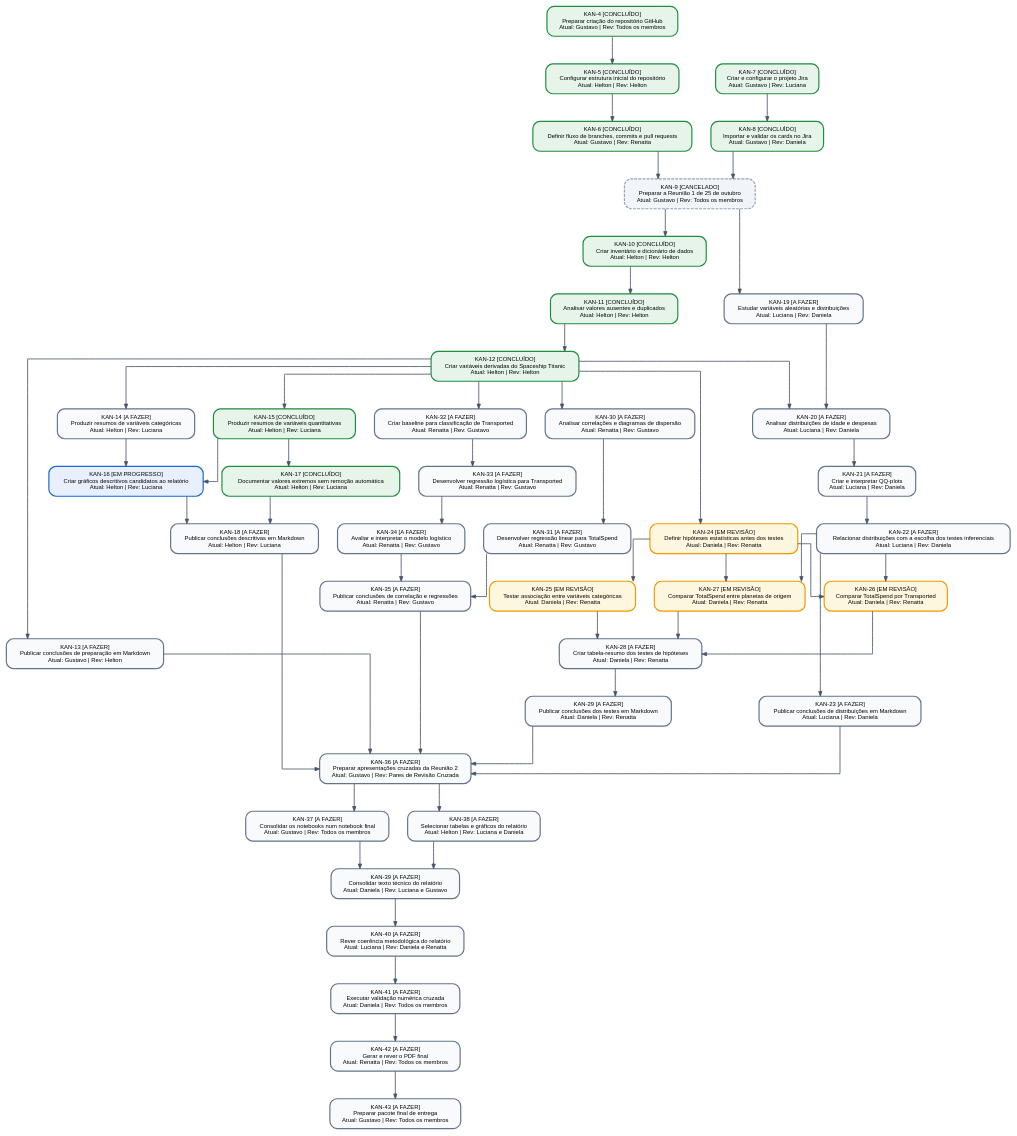
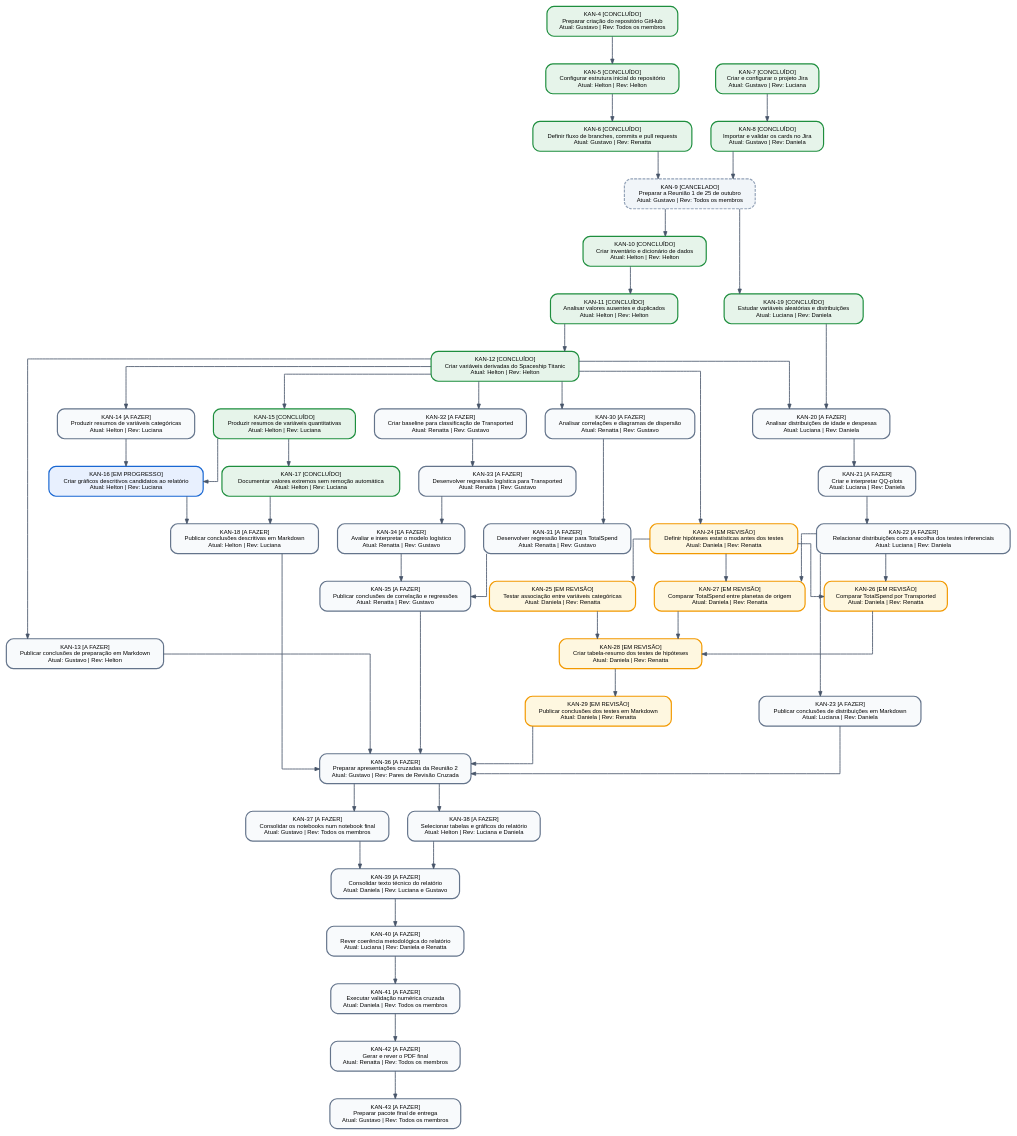
One commit to gmenezesg/spaceship-titanic-estatistica-posdl changed the diagram in docs/mapa_dependencias_jira.dot. Above: the diagram before and after it, drawn with Graphviz. The commit also changed 6 other files, not shown here.

Commit message:
[KAN-29] Publicar conclusoes dos testes em Markdown e atualizar mapa de dependencias

```diff
--- a/docs/mapa_dependencias_jira.dot
+++ b/docs/mapa_dependencias_jira.dot
@@ -1,103 +1,103 @@
 digraph JiraDependencyMap {
     rankdir=TB;
     splines=ortho;
     nodesep=0.45;
     ranksep=0.65;
     fontname="Helvetica";
     node [shape=box, style="rounded,filled", fontname="Helvetica", fontsize=10, margin="0.18,0.12", penwidth=2.0];
     edge [color="#475569", penwidth=1.4, arrowsize=0.8];
 
     "KAN-4" [label="KAN-4 [CONCLUÍDO]\nPreparar criação do repositório GitHub\nAtual: Gustavo | Rev: Todos os membros", fillcolor="#E6F4EA", color="#1E8E3E", style="rounded,filled"];
     "KAN-5" [label="KAN-5 [CONCLUÍDO]\nConfigurar estrutura inicial do repositório\nAtual: Helton | Rev: Helton", fillcolor="#E6F4EA", color="#1E8E3E", style="rounded,filled"];
     "KAN-6" [label="KAN-6 [CONCLUÍDO]\nDefinir fluxo de branches, commits e pull requests\nAtual: Gustavo | Rev: Renatta", fillcolor="#E6F4EA", color="#1E8E3E", style="rounded,filled"];
     "KAN-7" [label="KAN-7 [CONCLUÍDO]\nCriar e configurar o projeto Jira\nAtual: Gustavo | Rev: Luciana", fillcolor="#E6F4EA", color="#1E8E3E", style="rounded,filled"];
     "KAN-8" [label="KAN-8 [CONCLUÍDO]\nImportar e validar os cards no Jira\nAtual: Gustavo | Rev: Daniela", fillcolor="#E6F4EA", color="#1E8E3E", style="rounded,filled"];
     "KAN-9" [label="KAN-9 [CANCELADO]\nPreparar a Reunião 1 de 25 de outubro\nAtual: Gustavo | Rev: Todos os membros", fillcolor="#F1F5F9", color="#94A3B8", style="rounded,filled,dashed"];
     "KAN-10" [label="KAN-10 [CONCLUÍDO]\nCriar inventário e dicionário de dados\nAtual: Helton | Rev: Helton", fillcolor="#E6F4EA", color="#1E8E3E", style="rounded,filled"];
     "KAN-11" [label="KAN-11 [CONCLUÍDO]\nAnalisar valores ausentes e duplicados\nAtual: Helton | Rev: Helton", fillcolor="#E6F4EA", color="#1E8E3E", style="rounded,filled"];
     "KAN-12" [label="KAN-12 [CONCLUÍDO]\nCriar variáveis derivadas do Spaceship Titanic\nAtual: Helton | Rev: Helton", fillcolor="#E6F4EA", color="#1E8E3E", style="rounded,filled"];
     "KAN-13" [label="KAN-13 [A FAZER]\nPublicar conclusões de preparação em Markdown\nAtual: Gustavo | Rev: Helton", fillcolor="#F8FAFC", color="#64748B", style="rounded,filled"];
     "KAN-14" [label="KAN-14 [A FAZER]\nProduzir resumos de variáveis categóricas\nAtual: Helton | Rev: Luciana", fillcolor="#F8FAFC", color="#64748B", style="rounded,filled"];
     "KAN-15" [label="KAN-15 [CONCLUÍDO]\nProduzir resumos de variáveis quantitativas\nAtual: Helton | Rev: Luciana", fillcolor="#E6F4EA", color="#1E8E3E", style="rounded,filled"];
     "KAN-16" [label="KAN-16 [EM PROGRESSO]\nCriar gráficos descritivos candidatos ao relatório\nAtual: Helton | Rev: Luciana", fillcolor="#E8F0FE", color="#1967D2", style="rounded,filled"];
     "KAN-17" [label="KAN-17 [CONCLUÍDO]\nDocumentar valores extremos sem remoção automática\nAtual: Helton | Rev: Luciana", fillcolor="#E6F4EA", color="#1E8E3E", style="rounded,filled"];
     "KAN-18" [label="KAN-18 [A FAZER]\nPublicar conclusões descritivas em Markdown\nAtual: Helton | Rev: Luciana", fillcolor="#F8FAFC", color="#64748B", style="rounded,filled"];
-    "KAN-19" [label="KAN-19 [A FAZER]\nEstudar variáveis aleatórias e distribuições\nAtual: Luciana | Rev: Daniela", fillcolor="#F8FAFC", color="#64748B", style="rounded,filled"];
+    "KAN-19" [label="KAN-19 [CONCLUÍDO]\nEstudar variáveis aleatórias e distribuições\nAtual: Luciana | Rev: Daniela", fillcolor="#E6F4EA", color="#1E8E3E", style="rounded,filled"];
     "KAN-20" [label="KAN-20 [A FAZER]\nAnalisar distribuições de idade e despesas\nAtual: Luciana | Rev: Daniela", fillcolor="#F8FAFC", color="#64748B", style="rounded,filled"];
     "KAN-21" [label="KAN-21 [A FAZER]\nCriar e interpretar QQ-plots\nAtual: Luciana | Rev: Daniela", fillcolor="#F8FAFC", color="#64748B", style="rounded,filled"];
     "KAN-22" [label="KAN-22 [A FAZER]\nRelacionar distribuições com a escolha dos testes inferenciais\nAtual: Luciana | Rev: Daniela", fillcolor="#F8FAFC", color="#64748B", style="rounded,filled"];
     "KAN-23" [label="KAN-23 [A FAZER]\nPublicar conclusões de distribuições em Markdown\nAtual: Luciana | Rev: Daniela", fillcolor="#F8FAFC", color="#64748B", style="rounded,filled"];
     "KAN-24" [label="KAN-24 [EM REVISÃO]\nDefinir hipóteses estatísticas antes dos testes\nAtual: Daniela | Rev: Renatta", fillcolor="#FEF7E0", color="#F29900", style="rounded,filled"];
     "KAN-25" [label="KAN-25 [EM REVISÃO]\nTestar associação entre variáveis categóricas\nAtual: Daniela | Rev: Renatta", fillcolor="#FEF7E0", color="#F29900", style="rounded,filled"];
     "KAN-26" [label="KAN-26 [EM REVISÃO]\nComparar TotalSpend por Transported\nAtual: Daniela | Rev: Renatta", fillcolor="#FEF7E0", color="#F29900", style="rounded,filled"];
     "KAN-27" [label="KAN-27 [EM REVISÃO]\nComparar TotalSpend entre planetas de origem\nAtual: Daniela | Rev: Renatta", fillcolor="#FEF7E0", color="#F29900", style="rounded,filled"];
-    "KAN-28" [label="KAN-28 [A FAZER]\nCriar tabela-resumo dos testes de hipóteses\nAtual: Daniela | Rev: Renatta", fillcolor="#F8FAFC", color="#64748B", style="rounded,filled"];
-    "KAN-29" [label="KAN-29 [A FAZER]\nPublicar conclusões dos testes em Markdown\nAtual: Daniela | Rev: Renatta", fillcolor="#F8FAFC", color="#64748B", style="rounded,filled"];
+    "KAN-28" [label="KAN-28 [EM REVISÃO]\nCriar tabela-resumo dos testes de hipóteses\nAtual: Daniela | Rev: Renatta", fillcolor="#FEF7E0", color="#F29900", style="rounded,filled"];
+    "KAN-29" [label="KAN-29 [EM REVISÃO]\nPublicar conclusões dos testes em Markdown\nAtual: Daniela | Rev: Renatta", fillcolor="#FEF7E0", color="#F29900", style="rounded,filled"];
     "KAN-30" [label="KAN-30 [A FAZER]\nAnalisar correlações e diagramas de dispersão\nAtual: Renatta | Rev: Gustavo", fillcolor="#F8FAFC", color="#64748B", style="rounded,filled"];
     "KAN-31" [label="KAN-31 [A FAZER]\nDesenvolver regressão linear para TotalSpend\nAtual: Renatta | Rev: Gustavo", fillcolor="#F8FAFC", color="#64748B", style="rounded,filled"];
     "KAN-32" [label="KAN-32 [A FAZER]\nCriar baseline para classificação de Transported\nAtual: Renatta | Rev: Gustavo", fillcolor="#F8FAFC", color="#64748B", style="rounded,filled"];
     "KAN-33" [label="KAN-33 [A FAZER]\nDesenvolver regressão logística para Transported\nAtual: Renatta | Rev: Gustavo", fillcolor="#F8FAFC", color="#64748B", style="rounded,filled"];
     "KAN-34" [label="KAN-34 [A FAZER]\nAvaliar e interpretar o modelo logístico\nAtual: Renatta | Rev: Gustavo", fillcolor="#F8FAFC", color="#64748B", style="rounded,filled"];
     "KAN-35" [label="KAN-35 [A FAZER]\nPublicar conclusões de correlação e regressões\nAtual: Renatta | Rev: Gustavo", fillcolor="#F8FAFC", color="#64748B", style="rounded,filled"];
     "KAN-36" [label="KAN-36 [A FAZER]\nPreparar apresentações cruzadas da Reunião 2\nAtual: Gustavo | Rev: Pares de Revisão Cruzada", fillcolor="#F8FAFC", color="#64748B", style="rounded,filled"];
     "KAN-37" [label="KAN-37 [A FAZER]\nConsolidar os notebooks num notebook final\nAtual: Gustavo | Rev: Todos os membros", fillcolor="#F8FAFC", color="#64748B", style="rounded,filled"];
     "KAN-38" [label="KAN-38 [A FAZER]\nSelecionar tabelas e gráficos do relatório\nAtual: Helton | Rev: Luciana e Daniela", fillcolor="#F8FAFC", color="#64748B", style="rounded,filled"];
     "KAN-39" [label="KAN-39 [A FAZER]\nConsolidar texto técnico do relatório\nAtual: Daniela | Rev: Luciana e Gustavo", fillcolor="#F8FAFC", color="#64748B", style="rounded,filled"];
     "KAN-40" [label="KAN-40 [A FAZER]\nRever coerência metodológica do relatório\nAtual: Luciana | Rev: Daniela e Renatta", fillcolor="#F8FAFC", color="#64748B", style="rounded,filled"];
     "KAN-41" [label="KAN-41 [A FAZER]\nExecutar validação numérica cruzada\nAtual: Daniela | Rev: Todos os membros", fillcolor="#F8FAFC", color="#64748B", style="rounded,filled"];
     "KAN-42" [label="KAN-42 [A FAZER]\nGerar e rever o PDF final\nAtual: Renatta | Rev: Todos os membros", fillcolor="#F8FAFC", color="#64748B", style="rounded,filled"];
     "KAN-43" [label="KAN-43 [A FAZER]\nPreparar pacote final de entrega\nAtual: Gustavo | Rev: Todos os membros", fillcolor="#F8FAFC", color="#64748B", style="rounded,filled"];
 
     "KAN-4" -> "KAN-5";
     "KAN-5" -> "KAN-6";
     "KAN-7" -> "KAN-8";
     "KAN-6" -> "KAN-9";
     "KAN-8" -> "KAN-9";
     "KAN-9" -> "KAN-10";
     "KAN-10" -> "KAN-11";
     "KAN-11" -> "KAN-12";
     "KAN-12" -> "KAN-13";
     "KAN-12" -> "KAN-14";
     "KAN-12" -> "KAN-15";
     "KAN-14" -> "KAN-16";
     "KAN-15" -> "KAN-16";
     "KAN-15" -> "KAN-17";
     "KAN-16" -> "KAN-18";
     "KAN-17" -> "KAN-18";
     "KAN-9" -> "KAN-19";
     "KAN-12" -> "KAN-20";
     "KAN-19" -> "KAN-20";
     "KAN-20" -> "KAN-21";
     "KAN-21" -> "KAN-22";
     "KAN-22" -> "KAN-23";
     "KAN-12" -> "KAN-24";
     "KAN-24" -> "KAN-25";
     "KAN-22" -> "KAN-26";
     "KAN-24" -> "KAN-26";
     "KAN-22" -> "KAN-27";
     "KAN-24" -> "KAN-27";
     "KAN-25" -> "KAN-28";
     "KAN-26" -> "KAN-28";
     "KAN-27" -> "KAN-28";
     "KAN-28" -> "KAN-29";
     "KAN-12" -> "KAN-30";
     "KAN-30" -> "KAN-31";
     "KAN-12" -> "KAN-32";
     "KAN-32" -> "KAN-33";
     "KAN-33" -> "KAN-34";
     "KAN-34" -> "KAN-35";
     "KAN-31" -> "KAN-35";
     "KAN-13" -> "KAN-36";
     "KAN-18" -> "KAN-36";
     "KAN-23" -> "KAN-36";
     "KAN-29" -> "KAN-36";
     "KAN-35" -> "KAN-36";
     "KAN-36" -> "KAN-37";
     "KAN-36" -> "KAN-38";
     "KAN-37" -> "KAN-39";
     "KAN-38" -> "KAN-39";
     "KAN-39" -> "KAN-40";
     "KAN-40" -> "KAN-41";
     "KAN-41" -> "KAN-42";
     "KAN-42" -> "KAN-43";
 }
```
